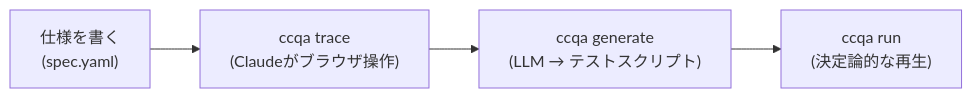
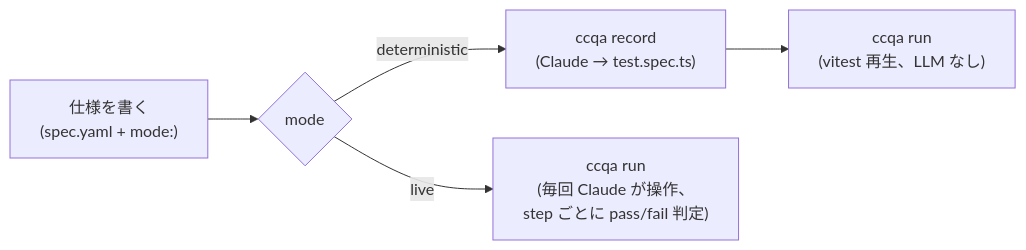
The diagram in docs/README.ja.md (shibukazu/ccqa), drawn with Mermaid before and after one commit. The commit also changed other lines of this file and 4 other files, not shown here.

````diff
--- a/docs/README.ja.md
+++ b/docs/README.ja.md
@@ -11,6 +18,7 @@
 ```mermaid
 flowchart LR
-    A["仕様を書く\n(spec.yaml)"] --> B["ccqa trace\n(Claudeがブラウザ操作)"]
-    B --> C["ccqa generate\n(LLM → テストスクリプト)"]
-    C --> D["ccqa run\n(決定論的な再生)"]
+    A["仕様を書く\n(spec.yaml + mode:)"] --> B{mode}
+    B -- deterministic --> C["ccqa record\n(Claude → test.spec.ts)"]
+    C --> D["ccqa run\n(vitest 再生、LLM なし)"]
+    B -- live --> E["ccqa run\n(毎回 Claude が操作、\nstep ごとに pass/fail 判定)"]
 ```
````
